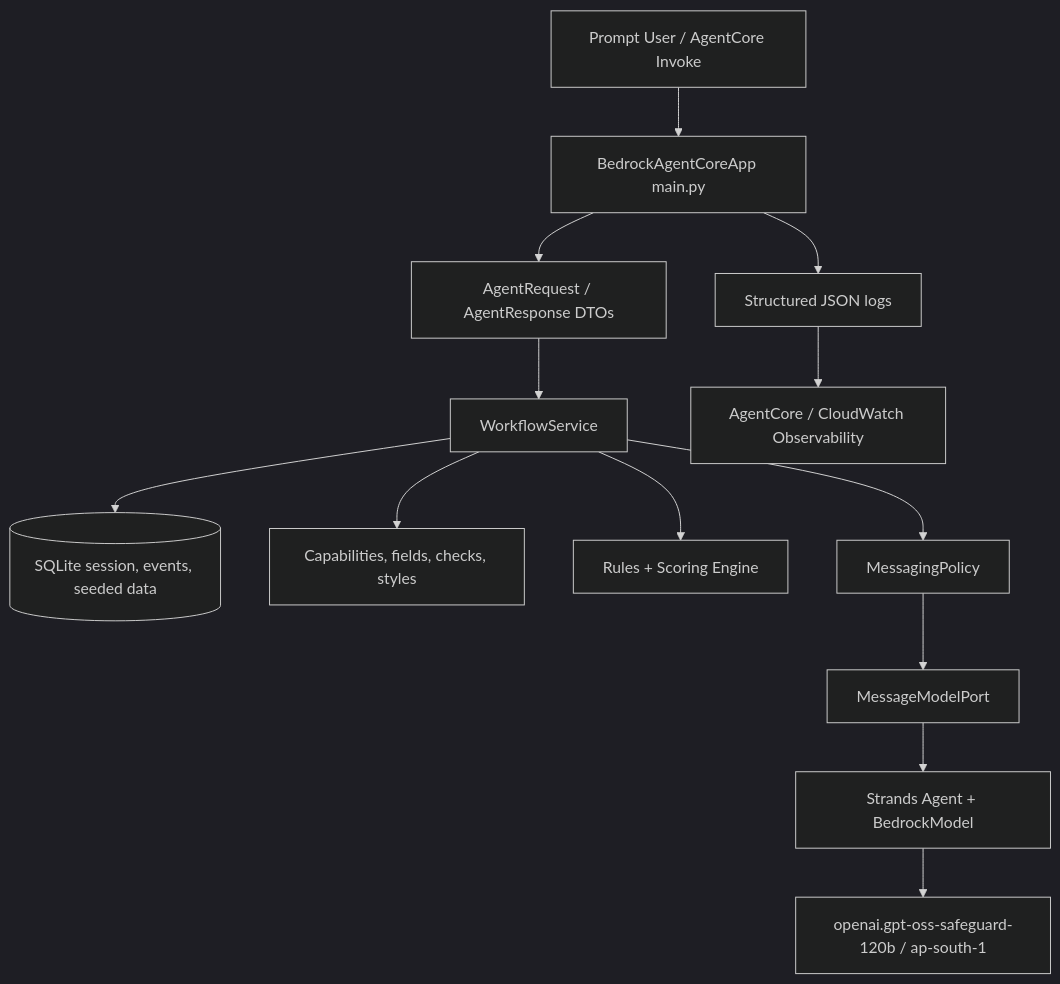
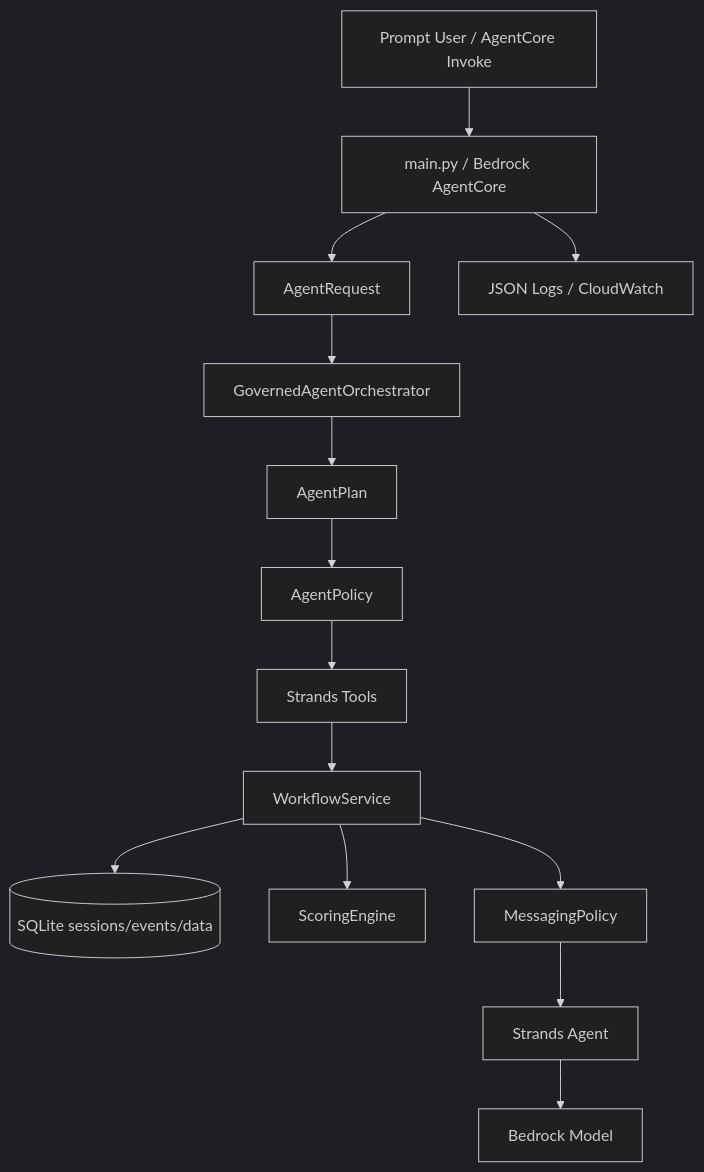
Before and after one commit to sandivya/businessnext_hiring: the diagram in README.md, drawn with Mermaid (dark theme). The commit also changed other lines of this file and 16 other files, not shown here.

````diff
--- a/README.md
+++ b/README.md
@@ -18,15 +27,16 @@
 ```mermaid
 flowchart TD
-    User[Prompt User / AgentCore Invoke] --> Runtime[BedrockAgentCoreApp main.py]
-    Runtime --> Contract[AgentRequest / AgentResponse DTOs]
-    Contract --> Workflow[WorkflowService]
-    Workflow --> Store[(SQLite session, events, seeded data)]
-    Workflow --> Catalog[Capabilities, fields, checks, styles]
-    Workflow --> Rules[Rules + Scoring Engine]
+    User[Prompt User / AgentCore Invoke] --> Runtime[main.py / Bedrock AgentCore]
+    Runtime --> Contract[AgentRequest]
+    Contract --> Router[GovernedAgentOrchestrator]
+    Router --> Plan[AgentPlan]
+    Plan --> Policy[AgentPolicy]
+    Policy --> Tools[Strands Tools]
+    Tools --> Workflow[WorkflowService]
+    Workflow --> Store[(SQLite sessions/events/data)]
+    Workflow --> Rules[ScoringEngine]
     Workflow --> Messaging[MessagingPolicy]
-    Messaging --> Port[MessageModelPort]
-    Port --> Strands[Strands Agent + BedrockModel]
-    Strands --> Bedrock[openai.gpt-oss-safeguard-120b / ap-south-1]
-    Runtime --> Logs[Structured JSON logs]
-    Logs --> CloudWatch[AgentCore / CloudWatch Observability]
+    Messaging --> Strands[Strands Agent]
+    Strands --> Bedrock[Bedrock Model]
+    Runtime --> Logs[JSON Logs / CloudWatch]
 ```
````
